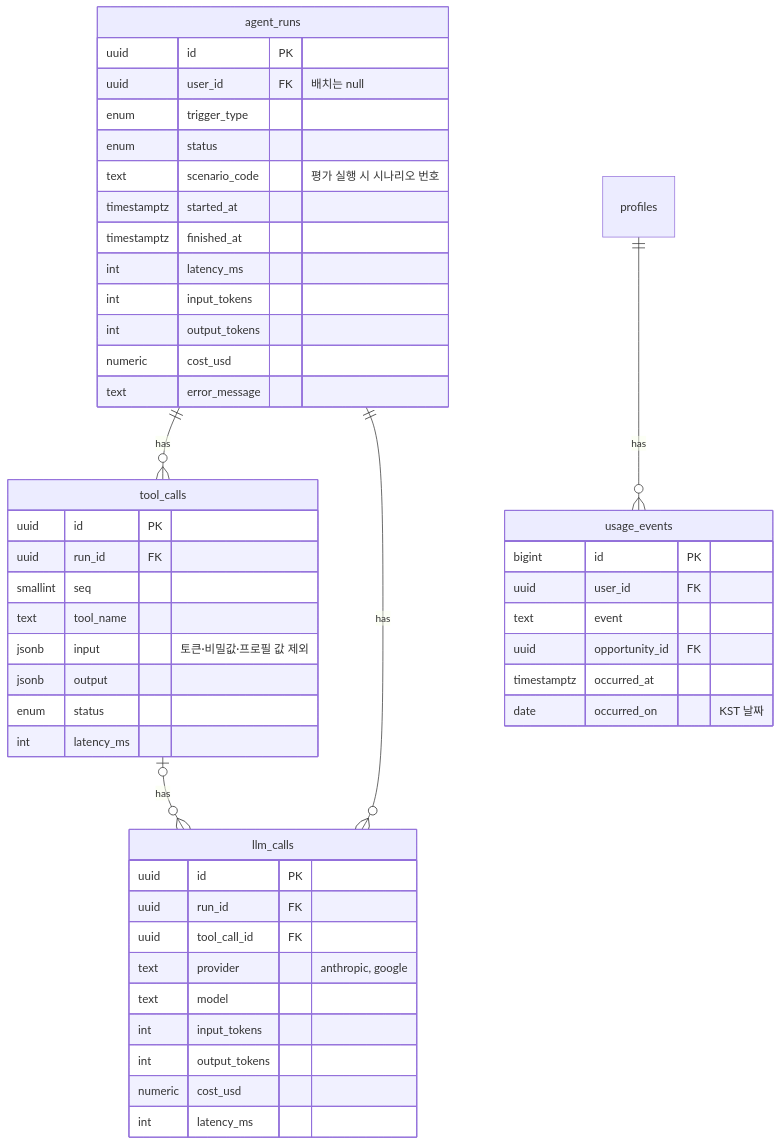
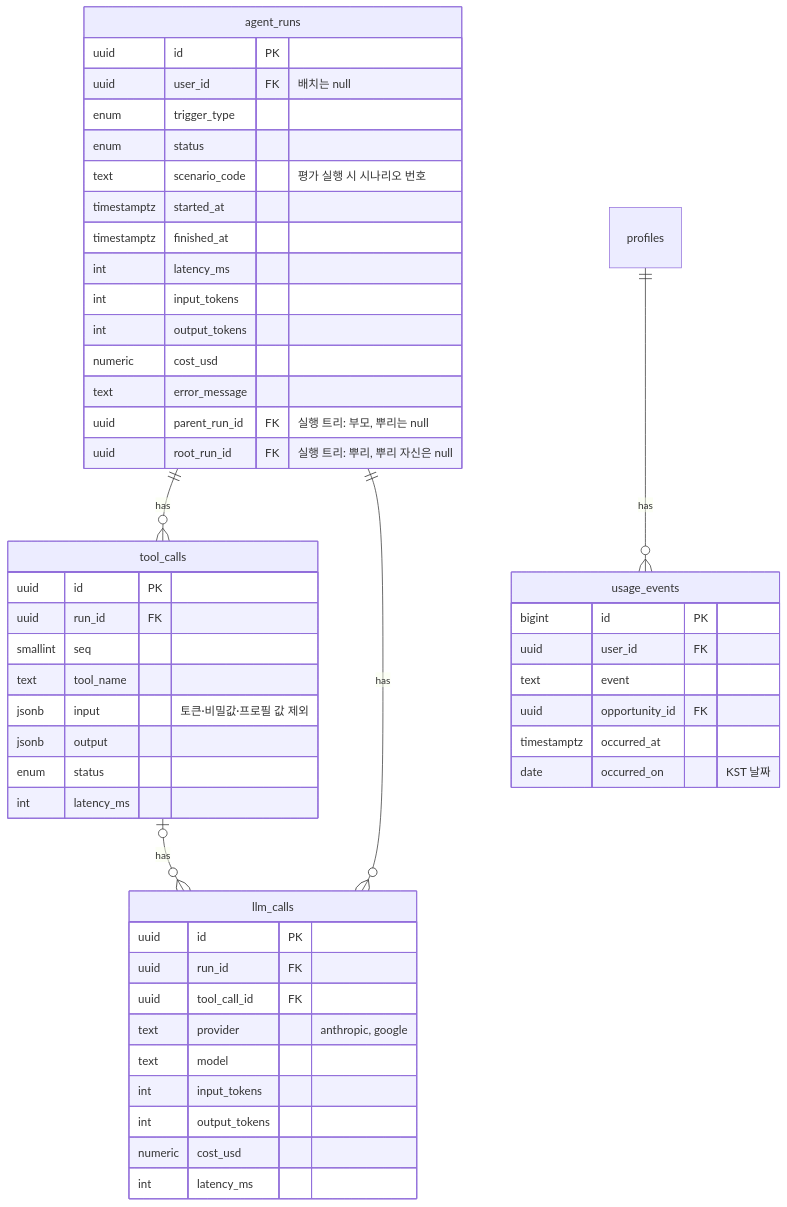
The sixth of 6 diagrams in docs/ERD_v0.9.md (Happy623623/Unipivot), drawn with Mermaid before and after one commit. The commit also changed other lines of this file and 18 other files, not shown here.

````diff
--- a/docs/ERD_v0.9.md
+++ b/docs/ERD_v0.9.md
@@ -504,50 +504,52 @@
 ```mermaid
 erDiagram
     agent_runs {
         uuid id PK
         uuid user_id FK "배치는 null"
         enum trigger_type
         enum status
         text scenario_code "평가 실행 시 시나리오 번호"
         timestamptz started_at
         timestamptz finished_at
         int latency_ms
         int input_tokens
         int output_tokens
         numeric cost_usd
         text error_message
+        uuid parent_run_id FK "실행 트리: 부모, 뿌리는 null"
+        uuid root_run_id FK "실행 트리: 뿌리, 뿌리 자신은 null"
     }
     tool_calls {
         uuid id PK
         uuid run_id FK
         smallint seq
         text tool_name
         jsonb input "토큰·비밀값·프로필 값 제외"
         jsonb output
         enum status
         int latency_ms
     }
     llm_calls {
         uuid id PK
         uuid run_id FK
         uuid tool_call_id FK
         text provider "anthropic, google"
         text model
         int input_tokens
         int output_tokens
         numeric cost_usd
         int latency_ms
     }
     usage_events {
         bigint id PK
         uuid user_id FK
         text event
         uuid opportunity_id FK
         timestamptz occurred_at
         date occurred_on "KST 날짜"
     }
     agent_runs ||--o{ tool_calls : "has"
     profiles ||--o{ usage_events : "has"
     agent_runs ||--o{ llm_calls : "has"
     tool_calls |o--o{ llm_calls : "has"
 ```
````
